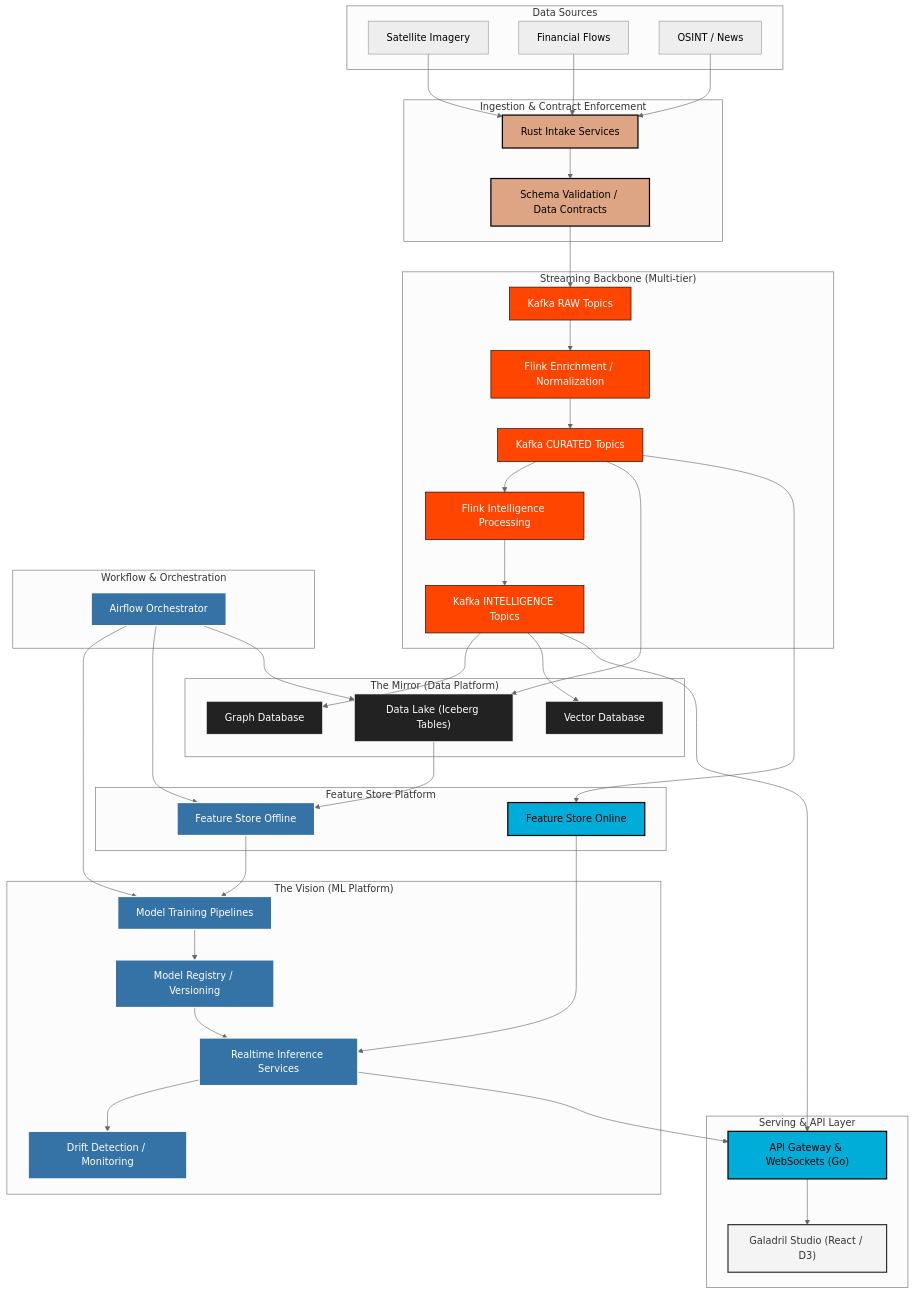
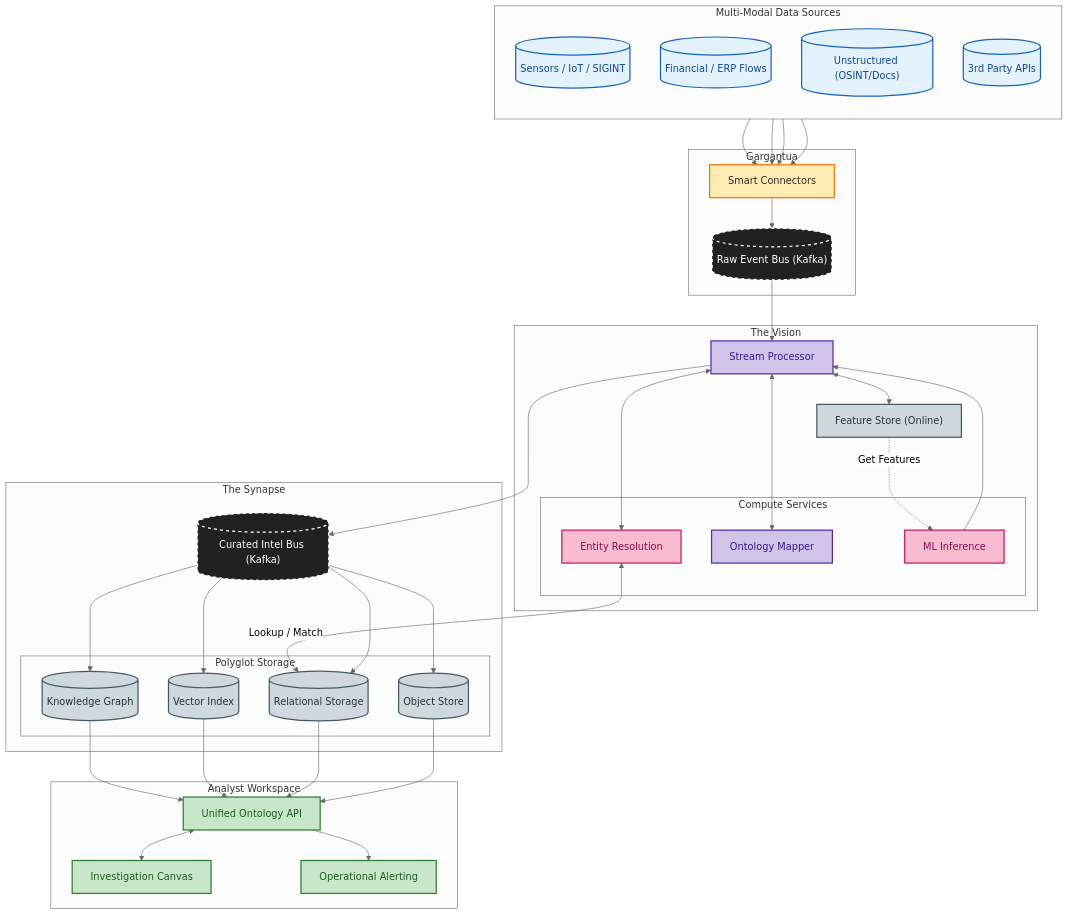
Before and after one commit to RealHinome/Galadril: the diagram in README.md, drawn with Mermaid (neutral theme).

Commit message:
Improve architecture

````diff
--- a/README.md
+++ b/README.md
@@ -15,91 +15,72 @@
 ```mermaid
-graph TD
+flowchart TD
+    classDef source fill:#e3f2fd,stroke:#1565c0,stroke-width:2px,color:#0d47a1
+    classDef ingest fill:#ffecb3,stroke:#ff6f00,stroke-width:2px,color:#3e2723
+    classDef stream fill:#d1c4e9,stroke:#512da8,stroke-width:2px,color:#311b92
+    classDef ml fill:#f8bbd0,stroke:#c2185b,stroke-width:2px,color:#880e4f
+    classDef storage fill:#cfd8dc,stroke:#455a64,stroke-width:2px,color:#263238
+    classDef app fill:#c8e6c9,stroke:#2e7d32,stroke-width:2px,color:#1b5e20
+    classDef bus fill:#212121,stroke:#fff,stroke-width:2px,color:#fff,stroke-dasharray: 5 5
 
-    classDef rust fill:#dea584,stroke:#000,stroke-width:2px,color:#000;
-    classDef go fill:#00add8,stroke:#000,stroke-width:2px,color:#000;
-    classDef python fill:#3572A5,stroke:#fff,stroke-width:2px,color:#fff;
-    classDef storage fill:#222,stroke:#fff,stroke-width:1px,color:#fff;
-    classDef streaming fill:#ff4500,stroke:#000,stroke-width:1px,color:#fff;
-    classDef interface fill:#f4f4f4,stroke:#333,stroke-width:2px,color:#333;
-
-    subgraph Sources["Data Sources"]
-        Sat[Satellite Imagery]
-        Fin[Financial Flows]
-        Osint[OSINT / News]
+    subgraph Sources ["Multi-Modal Data Sources"]
+        direction TB
+        S1[("Sensors / IoT / SIGINT")]:::source
+        S2[("Financial / ERP Flows")]:::source
+        S3[("Unstructured (OSINT/Docs)")]:::source
+        S4[("3rd Party APIs")]:::source
     end
 
-    subgraph Intake["Ingestion & Contract Enforcement"]
-        IntakeSvc["Rust Intake Services"]:::rust
-        Contract["Schema Validation / Data Contracts"]:::rust
+    subgraph Ingestion ["Gargantua"]
+        Connectors["Smart Connectors"]:::ingest
+        Raw_Bus[("Raw Event Bus (Kafka)")]:::bus
     end
 
-    subgraph Streaming["Streaming Backbone (Multi-tier)"]
-        KafkaRaw["Kafka RAW Topics"]:::streaming
-        FlinkEnrich["Flink Enrichment / Normalization"]:::streaming
-        KafkaCurated["Kafka CURATED Topics"]:::streaming
-        FlinkIntel["Flink Intelligence Processing"]:::streaming
-        KafkaIntel["Kafka INTELLIGENCE Topics"]:::streaming
+    subgraph Processing ["The Vision"]
+        Stream_Engine["Stream Processor"]:::stream
+        
+        subgraph Compute ["Compute Services"]
+            Entity_Res["Entity Resolution"]:::ml
+            Ontology_Map["Ontology Mapper"]:::stream
+            ML_Inf["ML Inference"]:::ml
+        end
+        
+        Feature_Store["Feature Store (Online)"]:::storage
     end
 
-    subgraph Storage["The Mirror (Data Platform)"]
-        Iceberg["Data Lake (Iceberg Tables)"]:::storage
-        GraphDB["Graph Database"]:::storage
-        VectorDB["Vector Database"]:::storage
+    subgraph Knowledge ["The Synapse"]
+        Intel_Bus[("Curated Intel Bus (Kafka)")]:::bus
+        
+        subgraph Databases ["Polyglot Storage"]
+            KG[("Knowledge Graph")]:::storage
+            VecDB[("Vector Index")]:::storage
+            Relational[("Relational Storage")]:::storage
+            ObjStore[("Object Store")]:::storage
+        end
     end
 
-    subgraph FeaturePlatform["Feature Store Platform"]
-        FSOnline["Feature Store Online"]:::go
-        FSOffline["Feature Store Offline"]:::python
+    subgraph Consumption ["Analyst Workspace"]
+        Gateway["Unified Ontology API"]:::app
+        Studio["Investigation Canvas"]:::app
+        Alerts["Operational Alerting"]:::app
     end
 
-    subgraph MLPlatform["The Vision (ML Platform)"]
-        Training["Model Training Pipelines"]:::python
-        Registry["Model Registry / Versioning"]:::python
-        Inference["Realtime Inference Services"]:::python
-        Drift["Drift Detection / Monitoring"]:::python
-    end
+    S1 & S2 & S3 & S4 --> Connectors
+    Connectors --> Raw_Bus
+    Raw_Bus --> Stream_Engine
 
-    subgraph Orchestration["Workflow & Orchestration"]
-        Airflow["Airflow Orchestrator"]:::python
-    end
+    Stream_Engine <--> Ontology_Map
+    Stream_Engine <--> Feature_Store
+    
+    Feature_Store -.-> |"Get Features"| ML_Inf
+    ML_Inf --> Stream_Engine
 
-    subgraph Delivery["Serving & API Layer"]
-        RealtimeAPI["API Gateway & WebSockets (Go)"]:::go
-        Dashboard["Galadril Studio (React / D3)"]:::interface
-    end
+    Entity_Res <--> |"Lookup / Match"| Relational
+    Stream_Engine <--> Entity_Res
 
-    Sat --> IntakeSvc
-    Fin --> IntakeSvc
-    Osint --> IntakeSvc
+    Stream_Engine --> Intel_Bus
+    Intel_Bus --> KG & VecDB & Relational & ObjStore
 
-    IntakeSvc --> Contract
-    Contract --> KafkaRaw
-
-    KafkaRaw --> FlinkEnrich
-    FlinkEnrich --> KafkaCurated
-    KafkaCurated --> FlinkIntel
-    FlinkIntel --> KafkaIntel
-
-    KafkaCurated --> Iceberg
-    KafkaIntel --> GraphDB
-    KafkaIntel --> VectorDB
-
-    Iceberg --> FSOffline
-    KafkaCurated --> FSOnline
-
-    FSOffline --> Training
-    Training --> Registry
-    Registry --> Inference
-
-    FSOnline --> Inference
-    Inference --> Drift
-
-    Airflow --> Training
-    Airflow --> FSOffline
-    Airflow --> Iceberg
-
-    Inference --> RealtimeAPI
-    KafkaIntel --> RealtimeAPI
-
-    RealtimeAPI --> Dashboard
+    KG & VecDB & Relational & ObjStore --> Gateway
+    Gateway <--> Studio
+    Gateway --> Alerts
 ```
````
